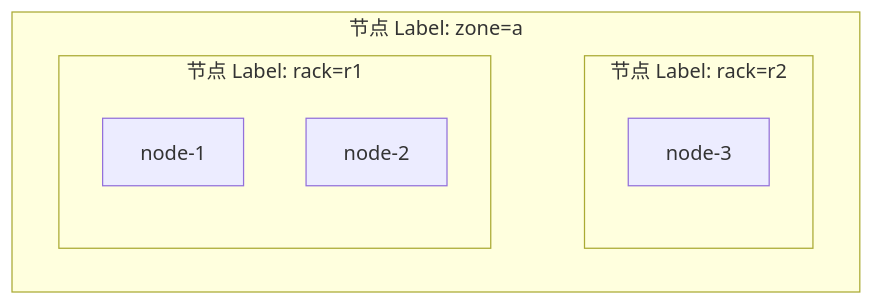
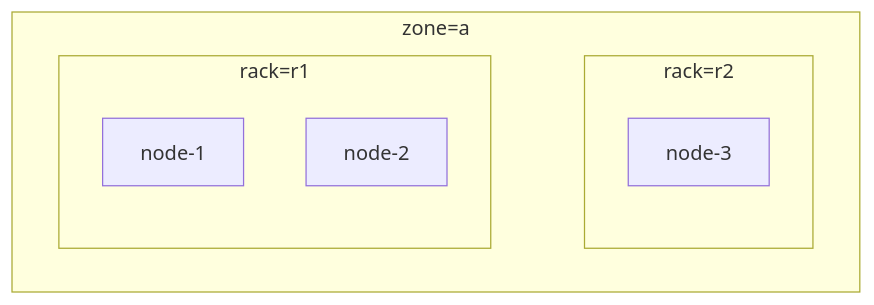
The eighth of 13 diagrams in docs/research/k8s-workload-aware-scheduling-vs-volcano-cn.md (JesseStutler/volcano), drawn with Mermaid before and after one commit. The commit also changed other lines of this file and 1 other file, not shown here.

````diff
--- a/docs/research/k8s-workload-aware-scheduling-vs-volcano-cn.md
+++ b/docs/research/k8s-workload-aware-scheduling-vs-volcano-cn.md
@@ -422,14 +419,14 @@
 ```mermaid
 flowchart LR
-    subgraph Z["节点 Label: zone=a"]
+    subgraph Z["zone=a"]
         direction LR
-        subgraph R1["节点 Label: rack=r1"]
+        subgraph R1["rack=r1"]
             UN1["node-1"]
             UN2["node-2"]
         end
-        subgraph R2["节点 Label: rack=r2"]
+        subgraph R2["rack=r2"]
             UN3["node-3"]
         end
     end
     R1 ~~~ R2
 ```
````
